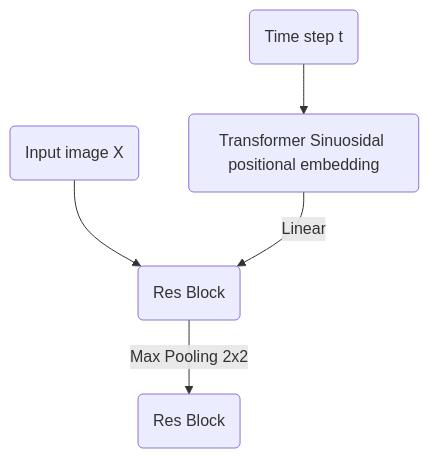
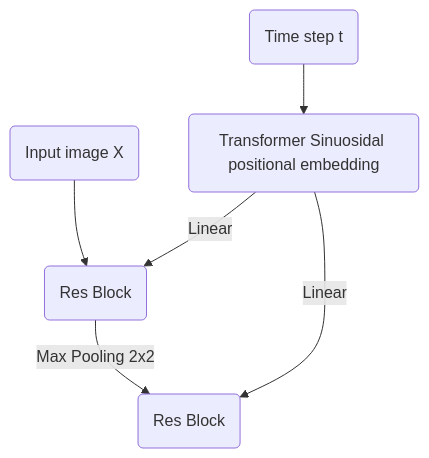
One commit to Michedev/DDPMs-Pytorch changed the diagram in readme.md. Above: the diagram before and after it, drawn with Mermaid.

Commit message:
add link

````diff
--- a/readme.md
+++ b/readme.md
@@ -1,7 +1,8 @@
 ```mermaid
   graph TD;
       T(Time step t)-->B(Transformer Sinuosidal positional embedding);
       X(Input image X)-->R1(Res Block);
       B--> |Linear| R1;
       R1--> |Max Pooling 2x2| R2(Res Block);
+      B--> |Linear| R2;
 ```
````
